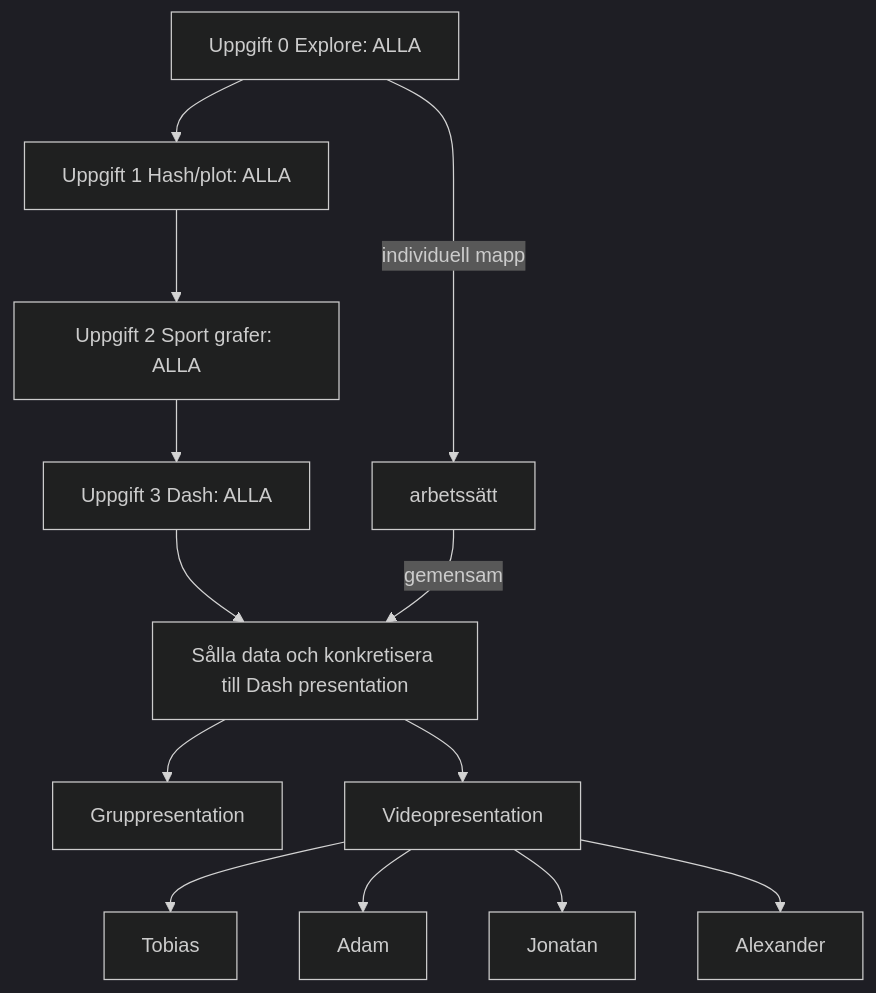
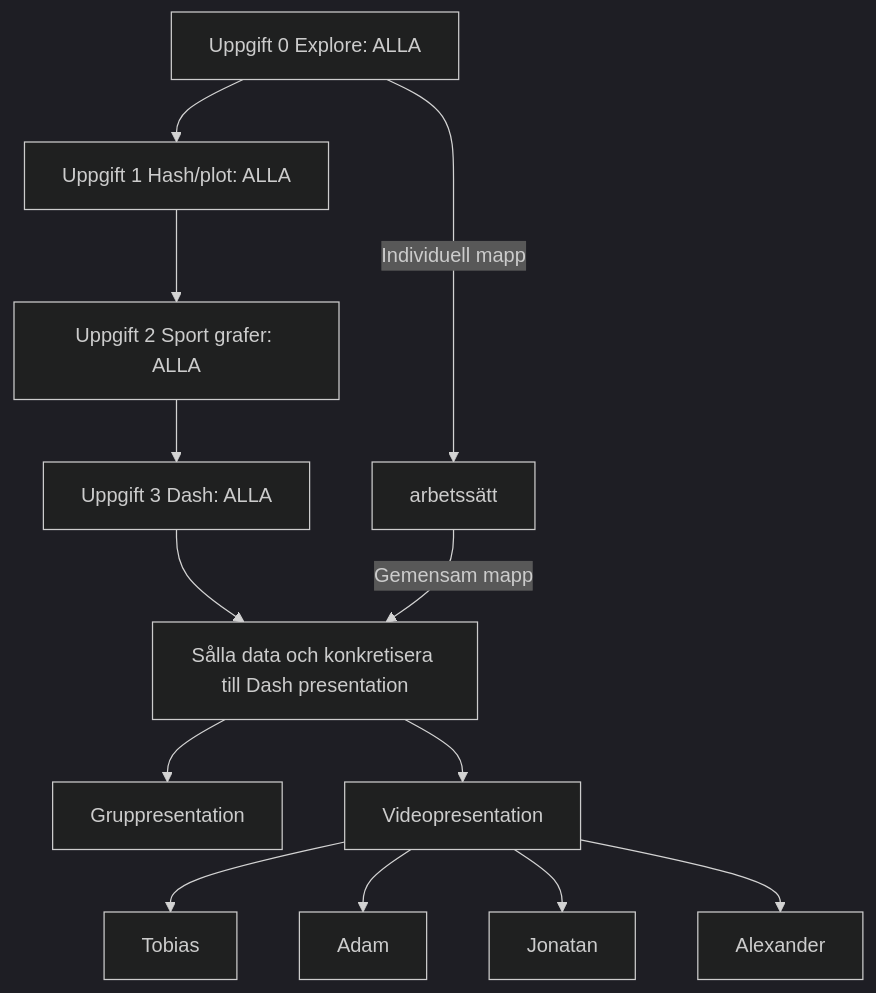
One commit to zoneme99/Project-OS changed the diagram in flowchart.md. Above: the diagram before and after it, drawn with Mermaid (dark theme).

````diff
--- a/flowchart.md
+++ b/flowchart.md
@@ -1,17 +1,17 @@
 ```mermaid
 graph TD
 0[Uppgift 0 Explore: ALLA] --> 1[Uppgift 1 Hash/plot: ALLA]
 1 --> 2[Uppgift 2 Sport grafer: ALLA]
 2 --> 3[Uppgift 3 Dash: ALLA]
 3 --> 4[Sålla data och konkretisera till Dash presentation]
 4 --> 5[Gruppresentation]
 4 --> 6[Videopresentation]
 6 --> Tobias
 6 --> Adam
 6 --> Jonatan
 6 --> Alexander
 
-0-- individuell mapp -->arbetssätt
-arbetssätt-- gemensam -->4
+0-- Individuell mapp -->arbetssätt
+arbetssätt-- Gemensam mapp -->4
 
 ```
````
